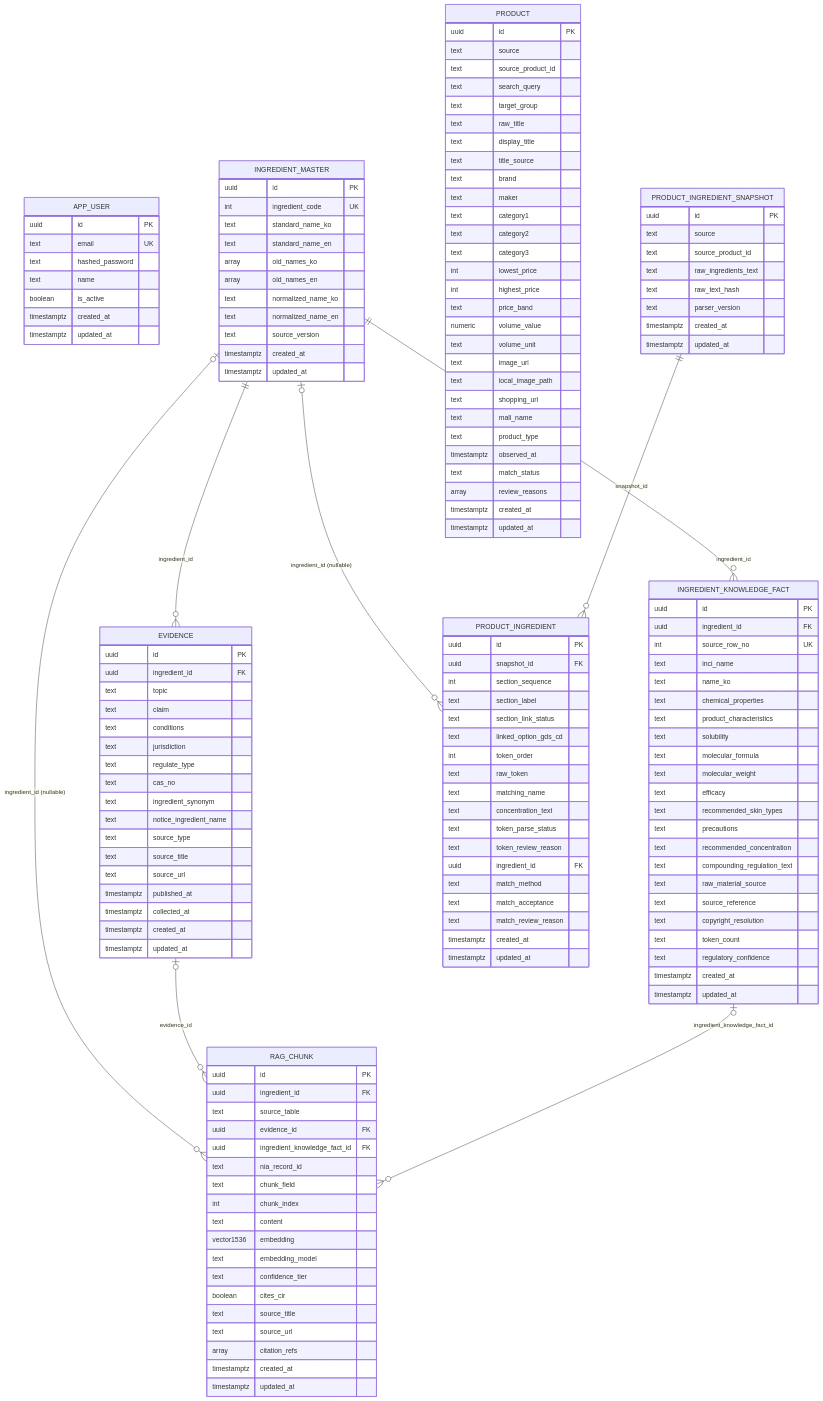
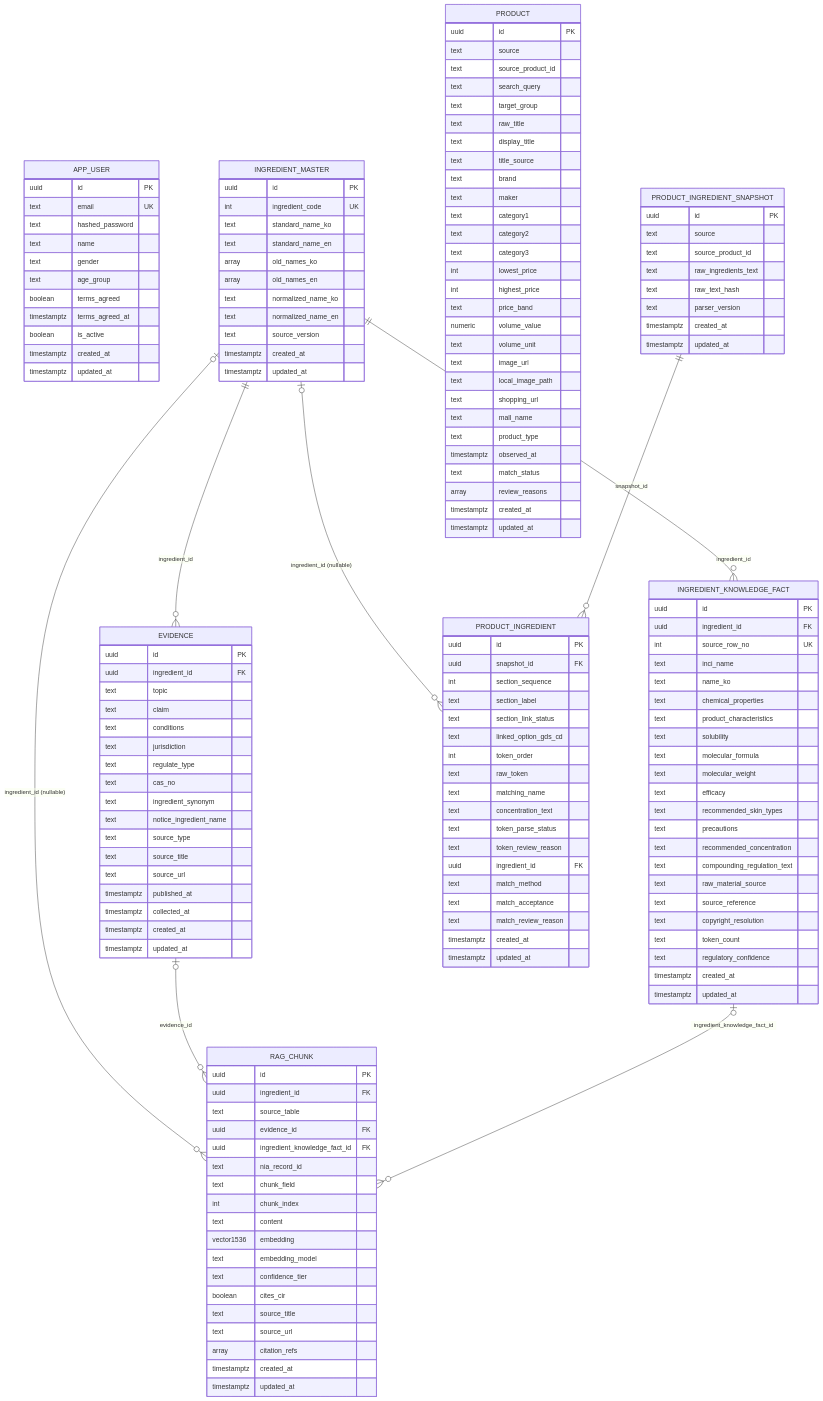
Before and after one commit to gawonm/skincare: the diagram in docs/erd/app.md, drawn with Mermaid. The commit also changed other lines of this file and 2 other files, not shown here.

Commit message:
docs(backend): 회원가입 확장 ERD·계약 확정

```diff
--- a/docs/erd/app.md
+++ b/docs/erd/app.md
@@ -15,6 +16,10 @@
         text email UK
         text hashed_password
         text name
+        text gender
+        text age_group
+        boolean terms_agreed
+        timestamptz terms_agreed_at
         boolean is_active
         timestamptz created_at
         timestamptz updated_at
```
